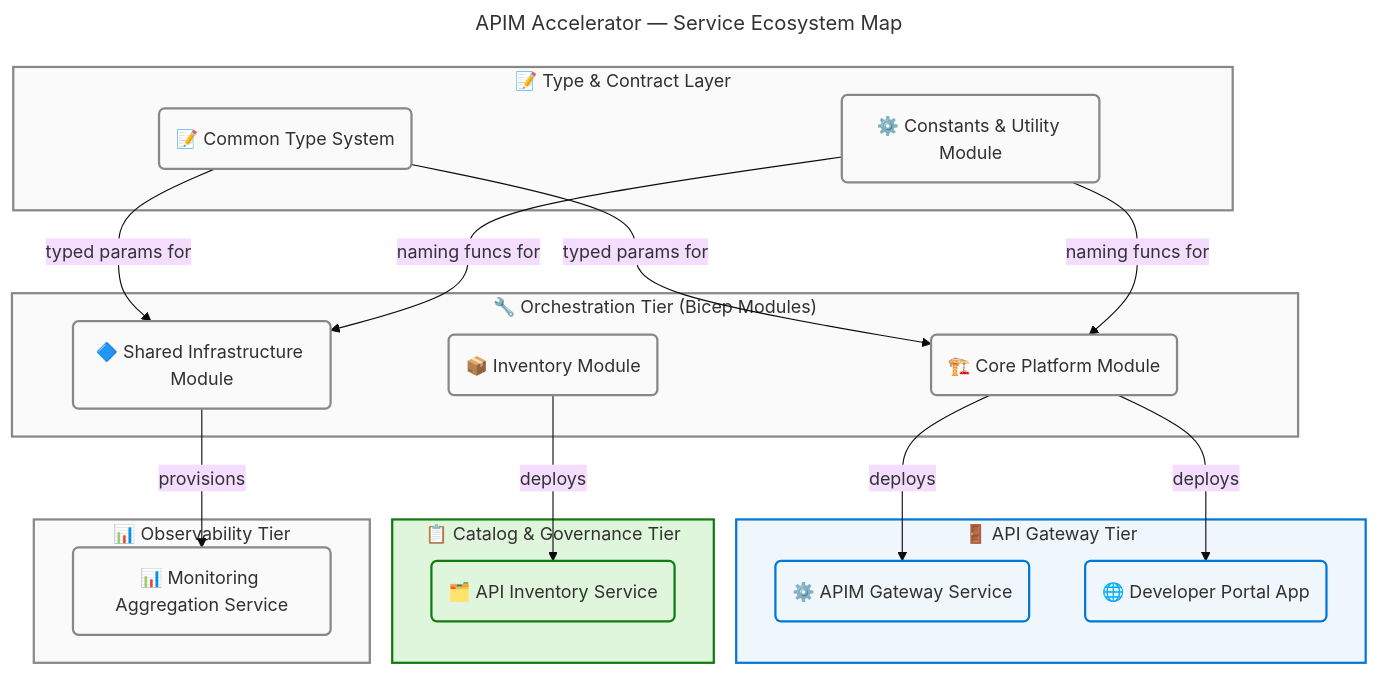
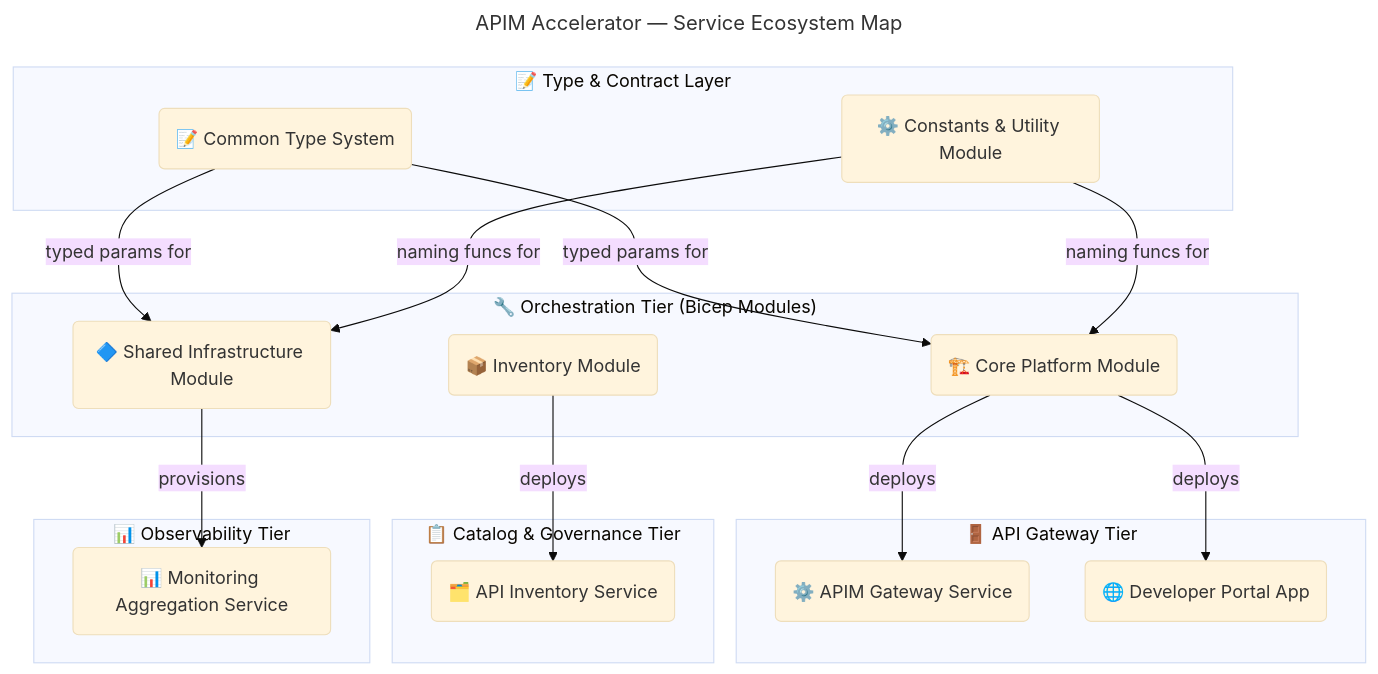
One commit to Evilazaro/APIM-Accelerator changed the second of 8 diagrams in docs/architecture/application-architecture.md. Above: the diagram before and after it, drawn with Mermaid. The commit also changed other lines of this file and 2 other files, not shown here.

Commit message:
style: remove redundant comments and streamline flowchart styles for clarity in architecture documentation

````diff
--- a/docs/architecture/application-architecture.md
+++ b/docs/architecture/application-architecture.md
@@ -167,70 +152,50 @@
 ```mermaid
 ---
 title: "APIM Accelerator — Service Ecosystem Map"
 config:
   theme: base
   look: classic
   layout: dagre
   themeVariables:
     fontSize: '16px'
   flowchart:
     htmlLabels: true
 ---
 flowchart TB
     accTitle: APIM Accelerator Service Ecosystem Map
     accDescr: Grouped map of all application services and components by functional tier showing technology classification and layer assignments
-
-    %% ═══════════════════════════════════════════════════════════════════════════
-    %% AZURE / FLUENT ARCHITECTURE PATTERN v1.1
-    %% (Semantic + Structural + Font + Accessibility Governance)
-    %% ═══════════════════════════════════════════════════════════════════════════
-    %% PHASE 1 - FLUENT UI: All styling uses approved Fluent UI palette only
-    %% PHASE 2 - GROUPS: Every subgraph has semantic color via style directive
-    %% PHASE 3 - COMPONENTS: Every node has semantic classDef + icon prefix
-    %% PHASE 4 - ACCESSIBILITY: accTitle/accDescr present, WCAG AA contrast
-    %% PHASE 5 - STANDARD: Governance block present, classDefs centralized
-    %% ═══════════════════════════════════════════════════════════════════════════
 
     subgraph GATEWAY["🚪 API Gateway Tier"]
         S1("⚙️ APIM Gateway Service"):::core
         S2("🌐 Developer Portal App"):::core
     end
 
     subgraph CATALOG["📋 Catalog & Governance Tier"]
         S3("🗂️ API Inventory Service"):::success
     end
 
     subgraph OBS["📊 Observability Tier"]
         S4("📊 Monitoring Aggregation Service"):::neutral
     end
 
     subgraph ORCH["🔧 Orchestration Tier (Bicep Modules)"]
         C1("🏗️ Core Platform Module"):::neutral
         C2("🔷 Shared Infrastructure Module"):::neutral
         C3("📦 Inventory Module"):::neutral
     end
 
     subgraph CONTRACT["📝 Type & Contract Layer"]
         C4("📝 Common Type System"):::neutral
         C5("⚙️ Constants & Utility Module"):::neutral
     end
 
     C2 -->|"provisions"| S4
     C1 -->|"deploys"| S1
     C1 -->|"deploys"| S2
     C3 -->|"deploys"| S3
     C4 -->|"typed params for"| C1
     C4 -->|"typed params for"| C2
     C5 -->|"naming funcs for"| C1
     C5 -->|"naming funcs for"| C2
 
-    classDef neutral fill:#FAFAFA,stroke:#8A8886,stroke-width:2px,color:#323130
-    classDef core fill:#EFF6FC,stroke:#0078D4,stroke-width:2px,color:#323130
-    classDef success fill:#DFF6DD,stroke:#107C10,stroke-width:2px,color:#323130
-
-    style GATEWAY fill:#EFF6FC,stroke:#0078D4,stroke-width:2px,color:#323130
-    style CATALOG fill:#DFF6DD,stroke:#107C10,stroke-width:2px,color:#323130
-    style OBS fill:#FAFAFA,stroke:#8A8886,stroke-width:2px,color:#323130
-    style ORCH fill:#FAFAFA,stroke:#8A8886,stroke-width:2px,color:#323130
-    style CONTRACT fill:#FAFAFA,stroke:#8A8886,stroke-width:2px,color:#323130
 ```
````
